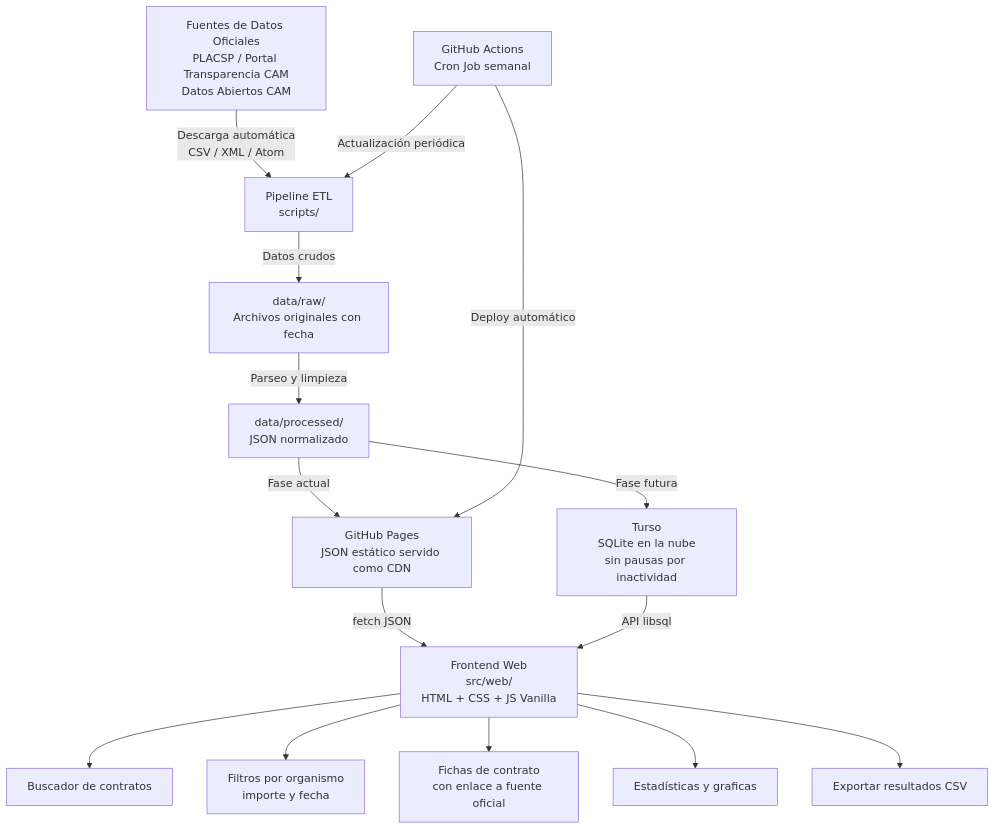
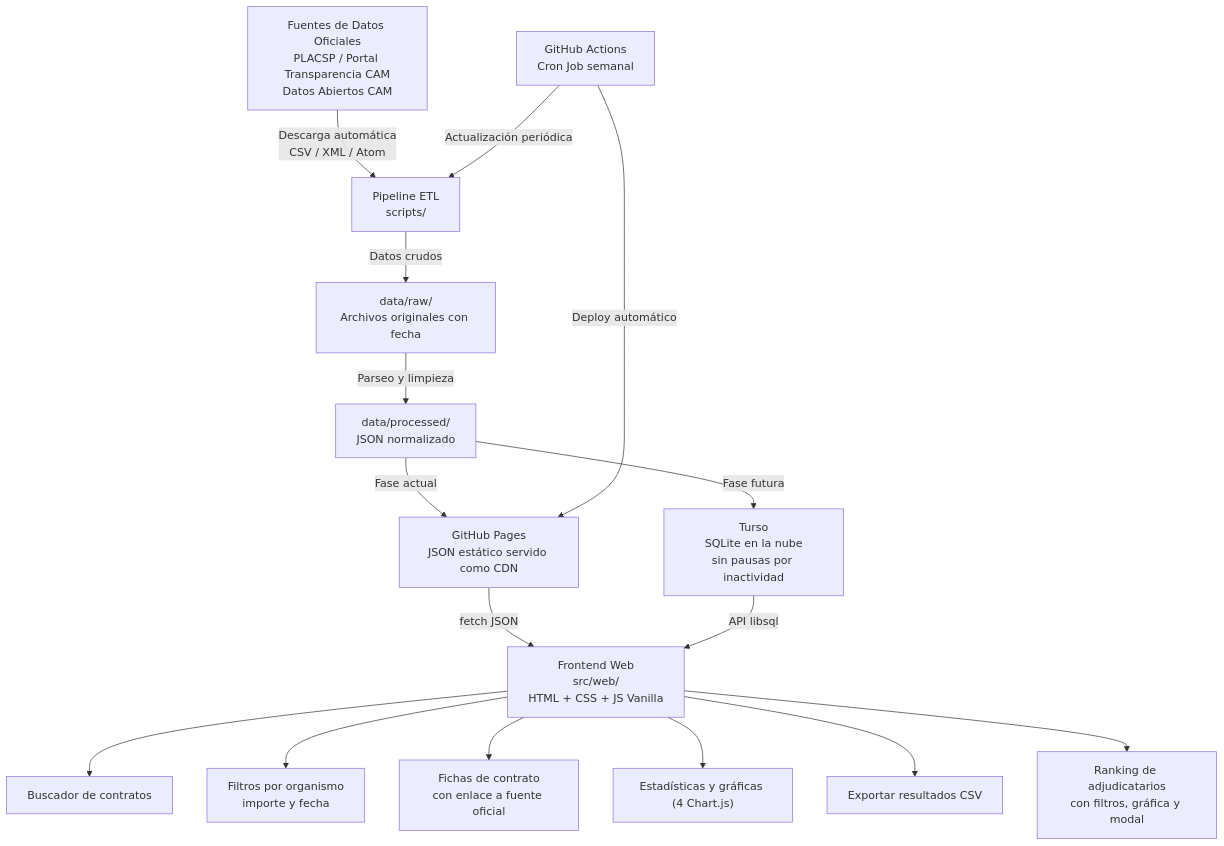
The first of 2 diagrams in plans/arquitectura.md (albus-quinctus/ContratosCAM), drawn with Mermaid before and after one commit. The commit also changed other lines of this file and 3 other files, not shown here.

````diff
--- a/plans/arquitectura.md
+++ b/plans/arquitectura.md
@@ -25,22 +25,23 @@
 ```mermaid
 graph TD
     A["Fuentes de Datos Oficiales\nPLACSP / Portal Transparencia CAM\nDatos Abiertos CAM"] -->|Descarga automática\nCSV / XML / Atom| B["Pipeline ETL\nscripts/"]
 
     B -->|Datos crudos| C["data/raw/\nArchivos originales con fecha"]
     C -->|Parseo y limpieza| D["data/processed/\nJSON normalizado"]
 
     D -->|Fase actual| E["GitHub Pages\nJSON estático servido como CDN"]
     D -->|Fase futura| F["Turso\nSQLite en la nube\nsin pausas por inactividad"]
 
     E -->|fetch JSON| G["Frontend Web\nsrc/web/\nHTML + CSS + JS Vanilla"]
     F -->|API libsql| G
 
     G --> H1["Buscador de contratos"]
     G --> H2["Filtros por organismo\nimporte y fecha"]
     G --> H3["Fichas de contrato\ncon enlace a fuente oficial"]
-    G --> H4["Estadísticas y graficas"]
+    G --> H4["Estadísticas y gráficas (4 Chart.js)"]
     G --> H5["Exportar resultados CSV"]
+    G --> H6["Ranking de adjudicatarios\ncon filtros, gráfica y modal"]
 
     I["GitHub Actions\nCron Job semanal"] -->|Actualización periódica| B
     I -->|Deploy automático| E
 ```
````
